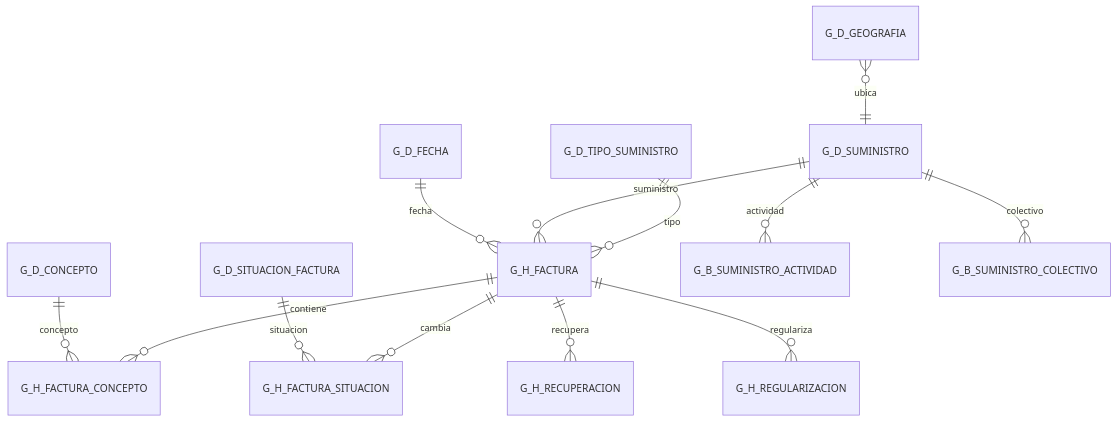
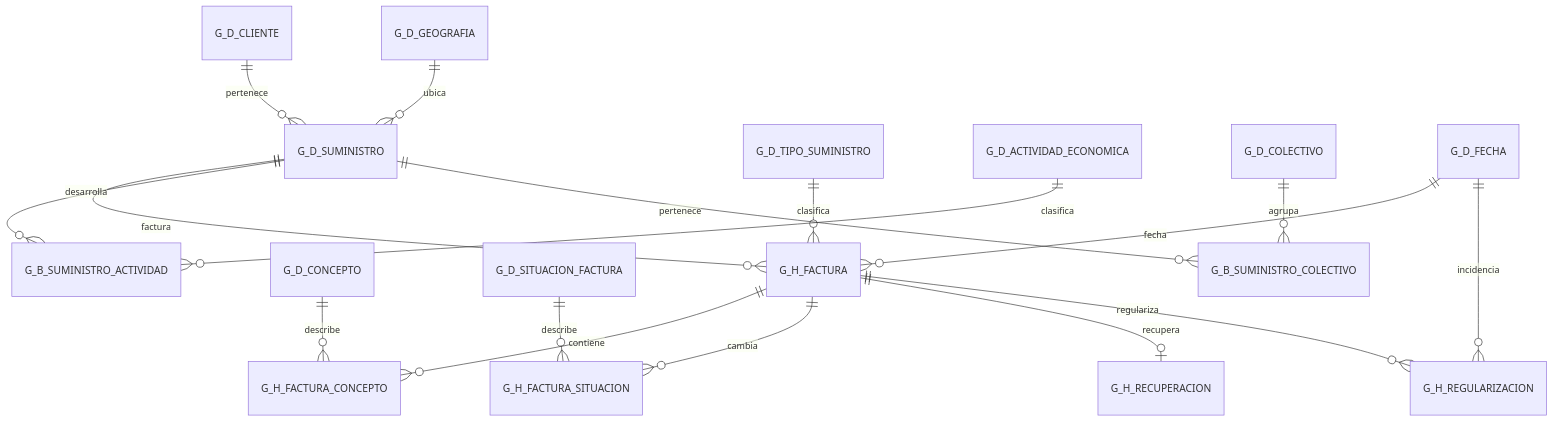
Before and after one commit to antonio-brenes/agua_clara: the diagram in docs/gold_fact_diseno.md, drawn with Mermaid. The commit also changed other lines of this file and 85 other files, not shown here.

````diff
--- a/docs/gold_fact_diseno.md
+++ b/docs/gold_fact_diseno.md
@@ -47,15 +253,19 @@
 ```mermaid
 erDiagram
+    G_D_CLIENTE ||--o{ G_D_SUMINISTRO : pertenece
+    G_D_GEOGRAFIA ||--o{ G_D_SUMINISTRO : ubica
+    G_D_SUMINISTRO ||--o{ G_H_FACTURA : factura
+    G_D_TIPO_SUMINISTRO ||--o{ G_H_FACTURA : clasifica
+    G_D_CONCEPTO ||--o{ G_H_FACTURA_CONCEPTO : describe
+    G_D_SITUACION_FACTURA ||--o{ G_H_FACTURA_SITUACION : describe
+    G_D_ACTIVIDAD_ECONOMICA ||--o{ G_B_SUMINISTRO_ACTIVIDAD : clasifica
+    G_D_SUMINISTRO ||--o{ G_B_SUMINISTRO_ACTIVIDAD : desarrolla
+    G_D_COLECTIVO ||--o{ G_B_SUMINISTRO_COLECTIVO : agrupa
+    G_D_SUMINISTRO ||--o{ G_B_SUMINISTRO_COLECTIVO : pertenece
     G_D_FECHA ||--o{ G_H_FACTURA : fecha
-    G_D_SUMINISTRO ||--o{ G_H_FACTURA : suministro
-    G_D_GEOGRAFIA }o--|| G_D_SUMINISTRO : ubica
-    G_D_TIPO_SUMINISTRO ||--o{ G_H_FACTURA : tipo
-    G_D_CONCEPTO ||--o{ G_H_FACTURA_CONCEPTO : concepto
-    G_D_SITUACION_FACTURA ||--o{ G_H_FACTURA_SITUACION : situacion
+    G_D_FECHA ||--o{ G_H_REGULARIZACION : incidencia
     G_H_FACTURA ||--o{ G_H_FACTURA_CONCEPTO : contiene
     G_H_FACTURA ||--o{ G_H_FACTURA_SITUACION : cambia
-    G_H_FACTURA ||--o{ G_H_RECUPERACION : recupera
+    G_H_FACTURA ||--o| G_H_RECUPERACION : recupera
     G_H_FACTURA ||--o{ G_H_REGULARIZACION : regulariza
-    G_D_SUMINISTRO ||--o{ G_B_SUMINISTRO_ACTIVIDAD : actividad
-    G_D_SUMINISTRO ||--o{ G_B_SUMINISTRO_COLECTIVO : colectivo
 ```
````
